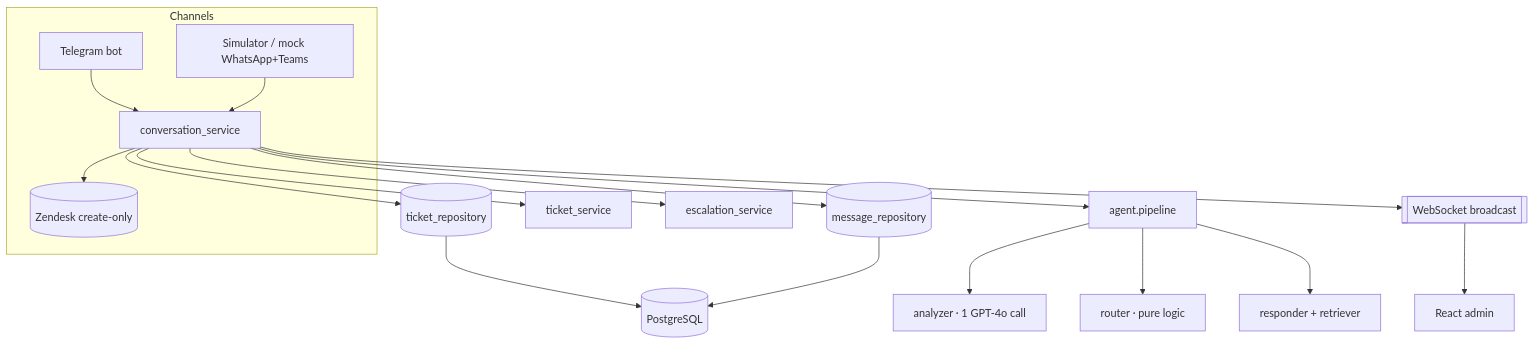
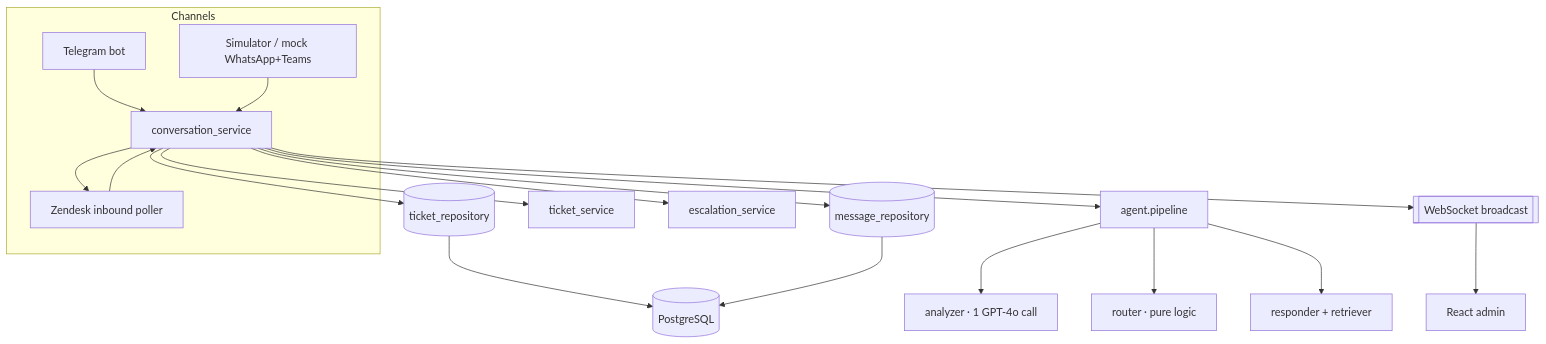
The diagram in README.md (ruslan-kornich/ai-helpdesk-agent), drawn with Mermaid before and after one commit. The commit also changed other lines of this file, not shown here.

Commit message:
docs(zendesk): document inbound integration setup and ADR

````diff
--- a/README.md
+++ b/README.md
@@ -46,21 +57,21 @@
 ```mermaid
 flowchart TD
   subgraph Channels
     TG[Telegram bot] --> CS
     SIM[Simulator / mock WhatsApp+Teams] --> CS
-    ZD[(Zendesk create-only)]
+    ZD[Zendesk inbound poller] --> CS
   end
   CS[conversation_service] --> TR[(ticket_repository)]
   CS --> MR[(message_repository)]
   CS --> AP[agent.pipeline]
   AP --> AN[analyzer · 1 GPT-4o call]
   AP --> RT[router · pure logic]
   AP --> RS[responder + retriever]
   CS --> TS[ticket_service]
   CS --> ES[escalation_service]
   CS --> ZD
   CS --> WS[[WebSocket broadcast]]
   WS --> UI[React admin]
   TR --> DB[(PostgreSQL)]
   MR --> DB
 ```
````
